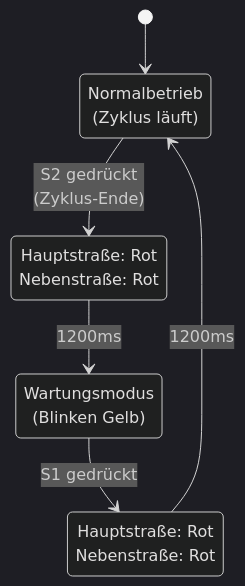
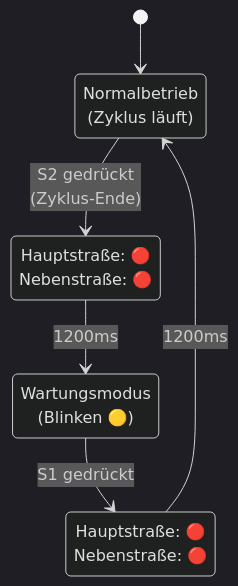
One commit to wago-enterprise-education/exponat-ampelsteuerung changed the second of 2 diagrams in src/python/vsc-ext-v0.2/exercise2_maintenance_mode/README.md. Above: the diagram before and after it, drawn with Mermaid (dark theme). The commit also changed other lines of this file and 2 other files, not shown here.

Commit message:
Update state diagrams in README files to use emoji for traffic light colors

````diff
--- a/src/python/vsc-ext-v0.2/exercise2_maintenance_mode/README.md
+++ b/src/python/vsc-ext-v0.2/exercise2_maintenance_mode/README.md
@@ -38,15 +38,15 @@
 ```mermaid
 stateDiagram-v2
     [*] --> Normalbetrieb
     
     Normalbetrieb: Normalbetrieb<br/>(Zyklus läuft)
-    Wartungsmodus: Wartungsmodus<br/>(Blinken Gelb)
-    AllRed_N2M: Hauptstraße: Rot<br/>Nebenstraße: Rot
-    AllRed_M2N: Hauptstraße: Rot<br/>Nebenstraße: Rot
+    Wartungsmodus: Wartungsmodus<br/>(Blinken 🟡)
+    AllRed_N2M: Hauptstraße: 🔴<br/>Nebenstraße: 🔴
+    AllRed_M2N: Hauptstraße: 🔴<br/>Nebenstraße: 🔴
     
     Normalbetrieb --> AllRed_N2M: S2 gedrückt<br/>(Zyklus-Ende)
     AllRed_N2M --> Wartungsmodus: 1200ms
     
     Wartungsmodus --> AllRed_M2N: S1 gedrückt
     AllRed_M2N --> Normalbetrieb: 1200ms
 ```
````
